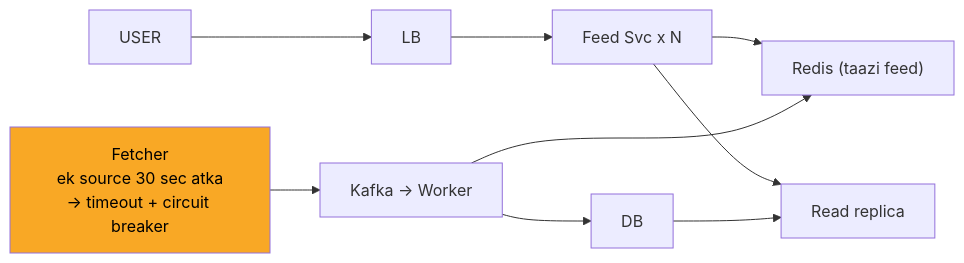
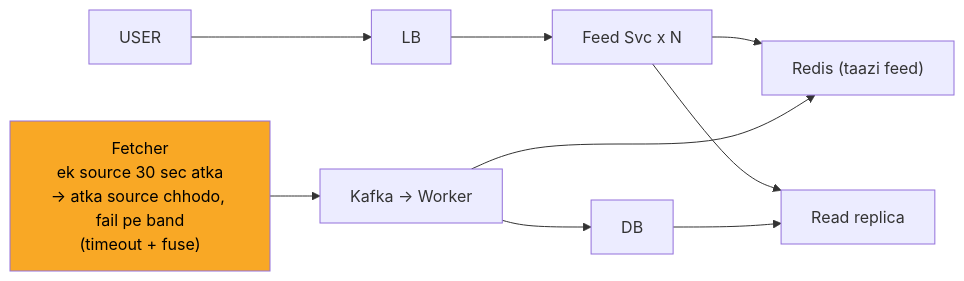
One commit to ArpanMaheshwari144/Prep changed the sixth of 11 diagrams in 04_HLD/SYSTEM_DESIGNS/08_news_aggregator/08_news_aggregator_INTERVIEW.md. Above: the diagram before and after it, drawn with Mermaid. The commit also changed other lines of this file and 13 other files, not shown here.

````diff
--- a/04_HLD/SYSTEM_DESIGNS/08_news_aggregator/08_news_aggregator_INTERVIEW.md
+++ b/04_HLD/SYSTEM_DESIGNS/08_news_aggregator/08_news_aggregator_INTERVIEW.md
@@ -215,20 +215,20 @@
 ```mermaid
 flowchart LR
     n_USER["USER"]
     n_LB["LB"]
     n_Feed_Svc_xN["Feed Svc x N"]
     n_Redis["Redis (taazi feed)"]
     n_Read_replica["Read replica"]
     n_DB["DB"]
     n_KW["Kafka -> Worker"]
-    n_Fetcher["Fetcher<br/>ek source 30 sec atka<br/>-> timeout + circuit breaker"]
+    n_Fetcher["Fetcher<br/>ek source 30 sec atka<br/>-> atka source chhodo, fail pe band<br/>(timeout + fuse)"]
     n_USER --> n_LB
     n_LB --> n_Feed_Svc_xN
     n_Feed_Svc_xN --> n_Redis
     n_Feed_Svc_xN --> n_Read_replica
     n_DB --> n_Read_replica
     n_KW --> n_DB
     n_KW --> n_Redis
     n_Fetcher --> n_KW
     style n_Fetcher fill:#f9a825,color:#000
 ```
````
